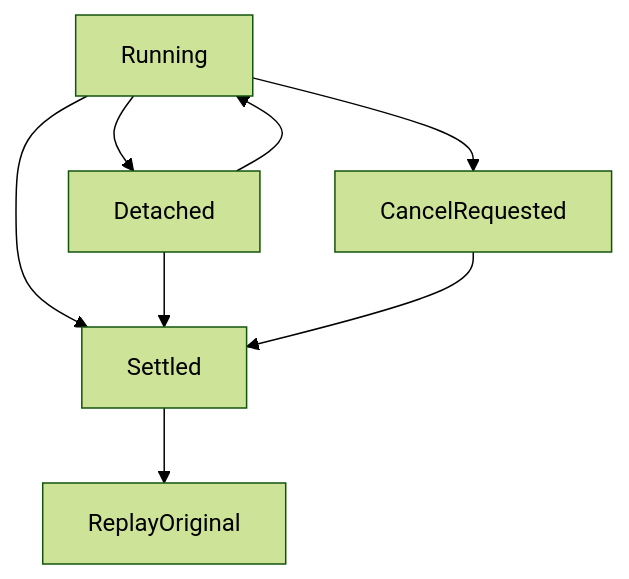
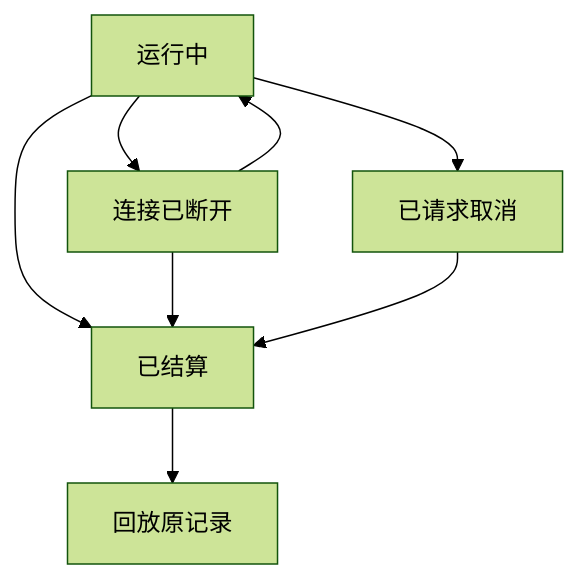
Before and after one commit to hpoenixf/eff-agent-article: the second of 2 diagrams in articles/agent-veto-authority-and-run-termination.md, drawn with Mermaid (forest theme). The commit also changed other lines of this file and 52 other files, not shown here.

Commit message:
docs: localize diagrams and clarify flagship guides

````diff
--- a/articles/agent-veto-authority-and-run-termination.md
+++ b/articles/agent-veto-authority-and-run-termination.md
@@ -117,10 +117,10 @@
 ```mermaid
 graph TD
-Running --> Detached
+Running["运行中"] --> Detached["连接已断开"]
 Detached --> Running
-Running --> Settled
+Running --> Settled["已结算"]
 Detached --> Settled
-Running --> CancelRequested
+Running --> CancelRequested["已请求取消"]
 CancelRequested --> Settled
-Settled --> ReplayOriginal
+Settled --> ReplayOriginal["回放原记录"]
 ```
````
